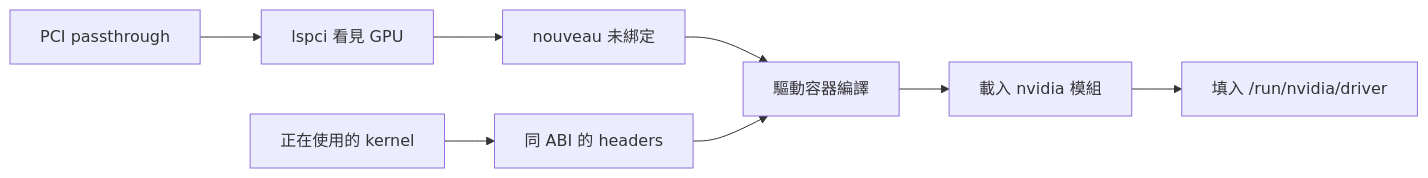
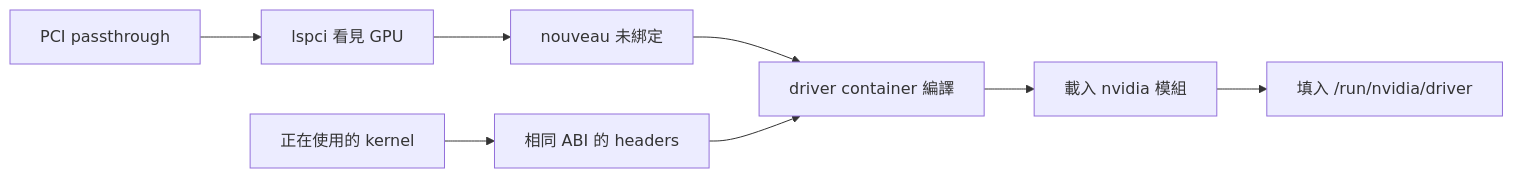
Before and after one commit to Daniel77871/dra-gpu-sharing-in-practice: the diagram in book/02-deploy/node-prep.md, drawn with Mermaid. The commit also changed other lines of this file and 80 other files, not shown here.

````diff
--- a/book/02-deploy/node-prep.md
+++ b/book/02-deploy/node-prep.md
@@ -11,10 +11,10 @@
 ```mermaid
 flowchart LR
     PCI["PCI passthrough"] --> Seen["lspci 看見 GPU"]
     Seen --> Free["nouveau 未綁定"]
-    Kernel["正在使用的 kernel"] --> Headers["同 ABI 的 headers"]
-    Free --> Build["驅動容器編譯"]
+    Kernel["正在使用的 kernel"] --> Headers["相同 ABI 的 headers"]
+    Free --> Build["driver container 編譯"]
     Headers --> Build
     Build --> Module["載入 nvidia 模組"]
     Module --> Root["填入 /run/nvidia/driver"]
 ```
````
